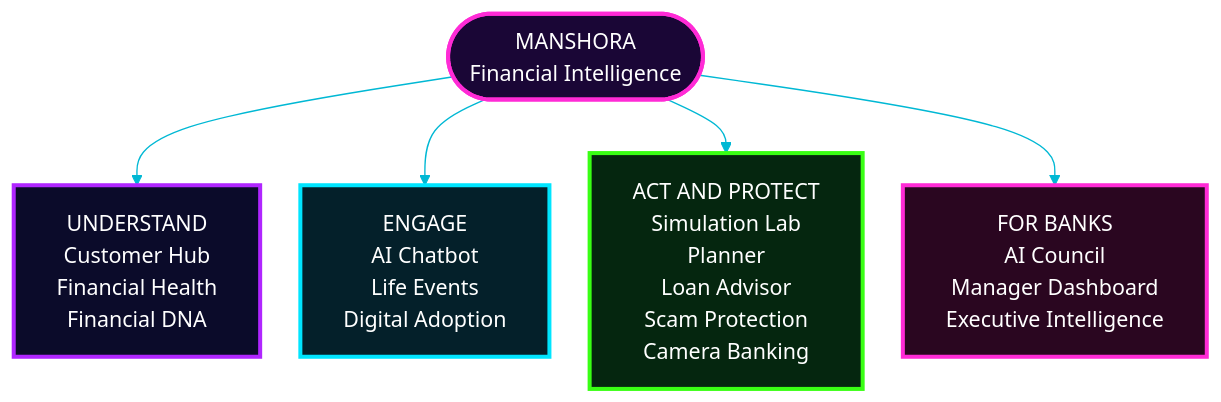
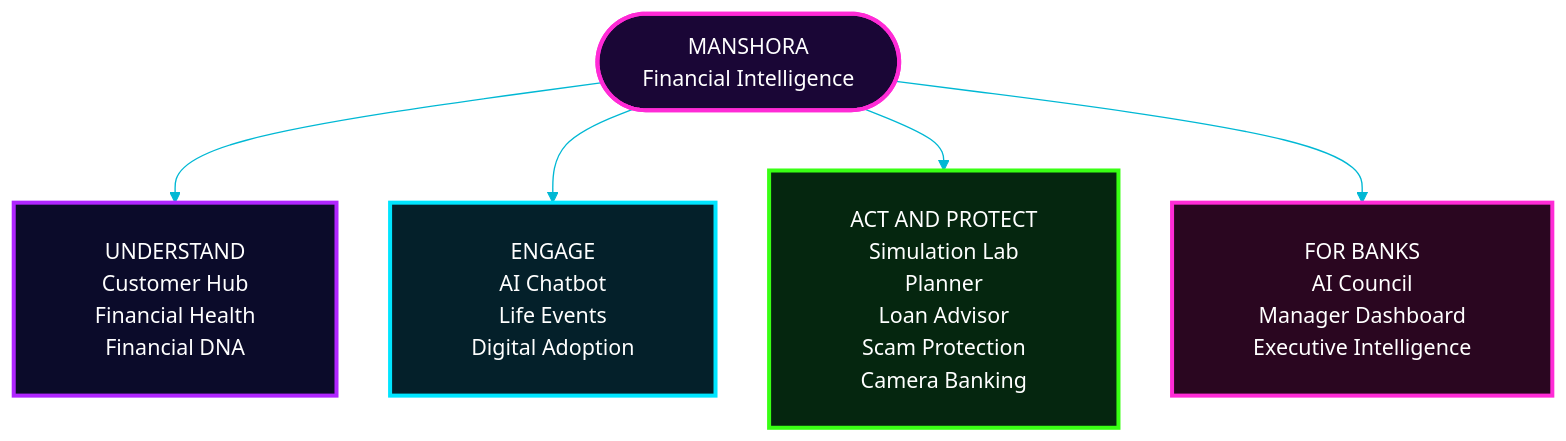
One commit to Mansi232323/MANSHORA changed the fourth of 17 diagrams in README.md. Above: the diagram before and after it, drawn with Mermaid. The commit also changed other lines of this file, not shown here.

````diff
--- a/README.md
+++ b/README.md
@@ -203,19 +203,19 @@
 ```mermaid
-%%{init: {'theme':'base','themeVariables':{'fontSize':'16px','fontFamily':'Arial, Helvetica, sans-serif','primaryColor':'#0b0b2a','primaryTextColor':'#ffffff','primaryBorderColor':'#b026ff','lineColor':'#00b8d4','textColor':'#ffffff','edgeLabelBackground':'#0b0b2a'},'flowchart':{'htmlLabels':true,'nodeSpacing':30,'rankSpacing':40,'padding':16,'curve':'basis','wrappingWidth':240,'useMaxWidth':true}}}%%
+%%{init: {'theme':'base','themeVariables':{'fontSize':'16px','primaryColor':'#0b0b2a','primaryTextColor':'#ffffff','primaryBorderColor':'#b026ff','lineColor':'#00b8d4','textColor':'#ffffff','edgeLabelBackground':'#0b0b2a'},'flowchart':{'htmlLabels':true,'nodeSpacing':40,'rankSpacing':45,'padding':24,'curve':'basis','wrappingWidth':400,'useMaxWidth':true}}}%%
 flowchart TB
-    R(["MANSHORA<br/>Financial Intelligence"])
-    R --> U["UNDERSTAND<br/>Customer Hub<br/>Financial Health<br/>Financial DNA"]
-    R --> E["ENGAGE<br/>AI Chatbot<br/>Life Events<br/>Digital Adoption"]
-    R --> A["ACT AND PROTECT<br/>Simulation Lab<br/>Planner<br/>Loan Advisor<br/>Scam Protection<br/>Camera Banking"]
-    R --> B["FOR BANKS<br/>AI Council<br/>Manager Dashboard<br/>Executive Intelligence"]
+    R(["&nbsp;&nbsp;&nbsp;MANSHORA&nbsp;&nbsp;&nbsp;<br/>&nbsp;&nbsp;&nbsp;Financial Intelligence&nbsp;&nbsp;&nbsp;"])
+    R --> U["&nbsp;&nbsp;&nbsp;UNDERSTAND&nbsp;&nbsp;&nbsp;<br/>&nbsp;&nbsp;&nbsp;Customer Hub&nbsp;&nbsp;&nbsp;<br/>&nbsp;&nbsp;&nbsp;Financial Health&nbsp;&nbsp;&nbsp;<br/>&nbsp;&nbsp;&nbsp;Financial DNA&nbsp;&nbsp;&nbsp;"]
+    R --> E["&nbsp;&nbsp;&nbsp;ENGAGE&nbsp;&nbsp;&nbsp;<br/>&nbsp;&nbsp;&nbsp;AI Chatbot&nbsp;&nbsp;&nbsp;<br/>&nbsp;&nbsp;&nbsp;Life Events&nbsp;&nbsp;&nbsp;<br/>&nbsp;&nbsp;&nbsp;Digital Adoption&nbsp;&nbsp;&nbsp;"]
+    R --> A["&nbsp;&nbsp;&nbsp;ACT AND PROTECT&nbsp;&nbsp;&nbsp;<br/>&nbsp;&nbsp;&nbsp;Simulation Lab&nbsp;&nbsp;&nbsp;<br/>&nbsp;&nbsp;&nbsp;Planner&nbsp;&nbsp;&nbsp;<br/>&nbsp;&nbsp;&nbsp;Loan Advisor&nbsp;&nbsp;&nbsp;<br/>&nbsp;&nbsp;&nbsp;Scam Protection&nbsp;&nbsp;&nbsp;<br/>&nbsp;&nbsp;&nbsp;Camera Banking&nbsp;&nbsp;&nbsp;"]
+    R --> B["&nbsp;&nbsp;&nbsp;FOR BANKS&nbsp;&nbsp;&nbsp;<br/>&nbsp;&nbsp;&nbsp;AI Council&nbsp;&nbsp;&nbsp;<br/>&nbsp;&nbsp;&nbsp;Manager Dashboard&nbsp;&nbsp;&nbsp;<br/>&nbsp;&nbsp;&nbsp;Executive Intelligence&nbsp;&nbsp;&nbsp;"]
     classDef root fill:#1a0636,stroke:#ff2bd6,stroke-width:3px,color:#ffffff
     classDef und fill:#0b0b2a,stroke:#b026ff,stroke-width:3px,color:#ffffff
     classDef eng fill:#04202a,stroke:#00e5ff,stroke-width:3px,color:#ffffff
     classDef act fill:#05260f,stroke:#39ff14,stroke-width:3px,color:#ffffff
     classDef bank fill:#2a0620,stroke:#ff2bd6,stroke-width:3px,color:#ffffff
     class R root
     class U und
     class E eng
     class A act
     class B bank
 ```
````
